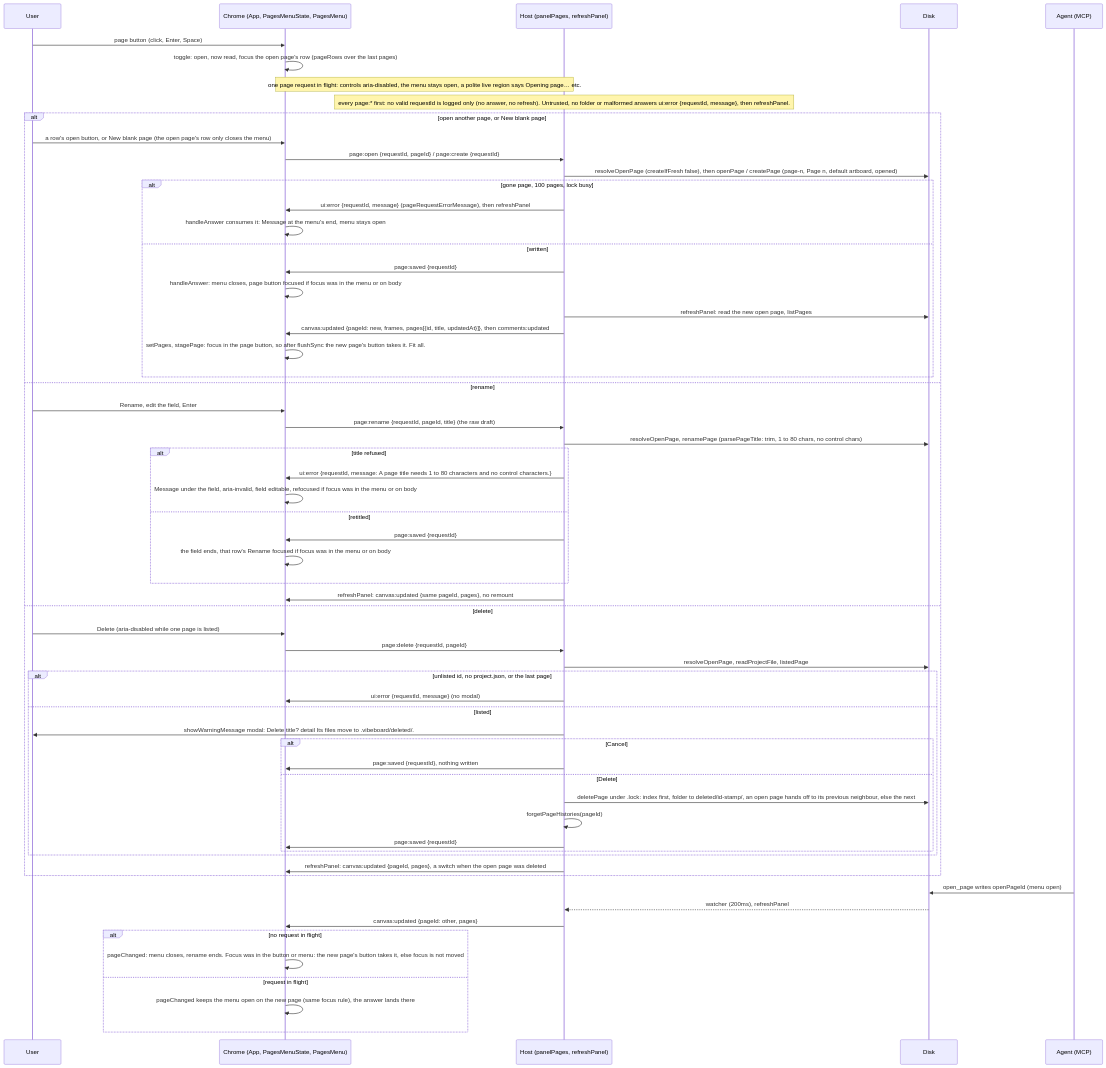
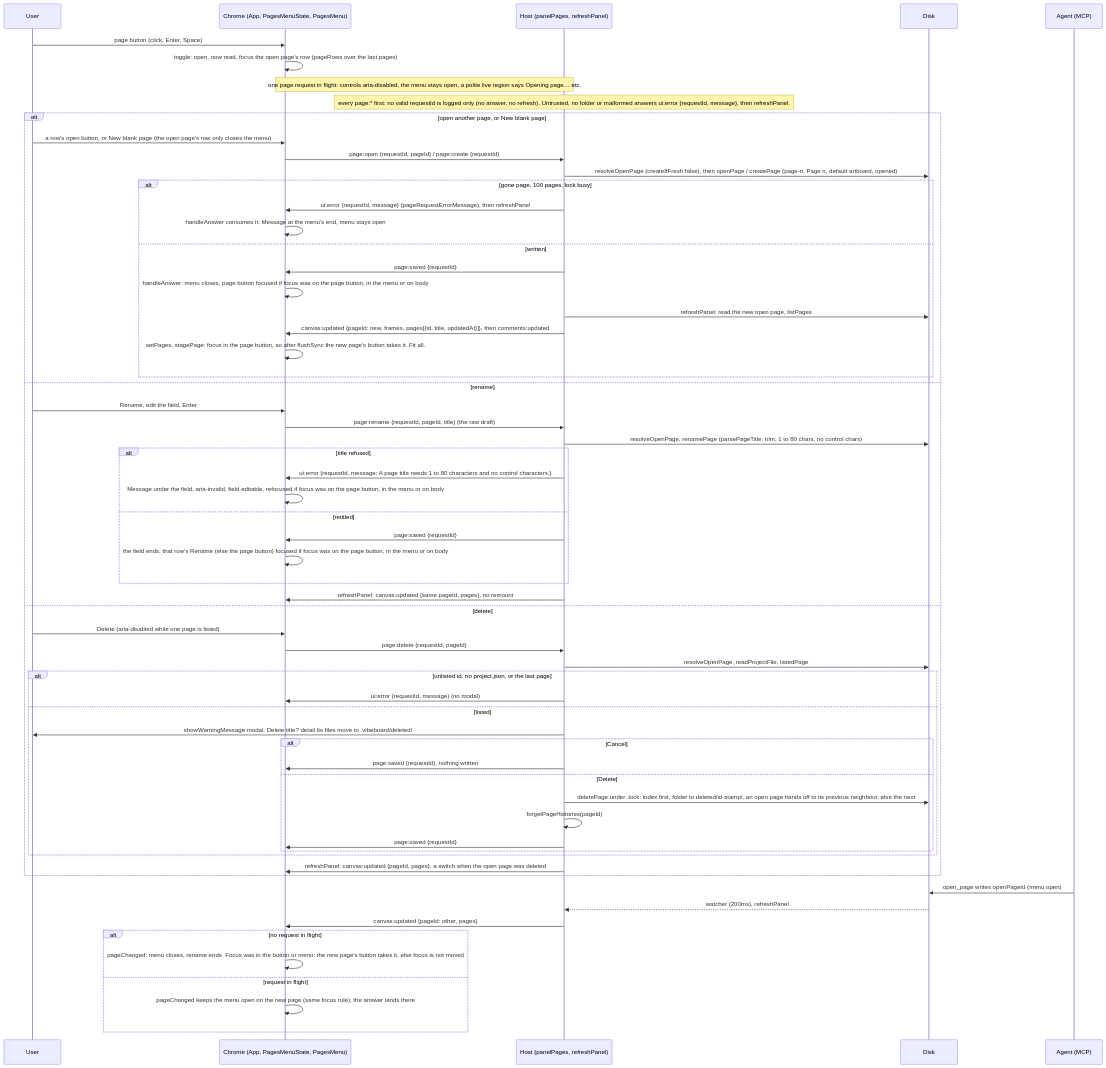
The sixth of 18 diagrams in blueprint/context/system-map.md (MarekBombera/cursor-design-extension), drawn with Mermaid before and after one commit. The commit also changed other lines of this file and 17 other files, not shown here.

````diff
--- a/blueprint/context/system-map.md
+++ b/blueprint/context/system-map.md
@@ -372,64 +378,64 @@
 ```mermaid
 sequenceDiagram
   participant U as User
   participant C as Chrome (App, PagesMenuState, PagesMenu)
   participant H as Host (panelPages, refreshPanel)
   participant D as Disk
   participant A as Agent (MCP)
   U->>C: page button (click, Enter, Space)
   C->>C: toggle: open, now read, focus the open page's row (pageRows over the last pages)
   Note over C,H: one page request in flight: controls aria-disabled, the menu stays open, a polite live region says Opening page… etc.
   Note over H: every page:* first: no valid requestId is logged only (no answer, no refresh). Untrusted, no folder or malformed answers ui:error {requestId, message}, then refreshPanel.
   alt open another page, or New blank page
     U->>C: a row's open button, or New blank page (the open page's row only closes the menu)
     C->>H: page:open {requestId, pageId} / page:create {requestId}
     H->>D: resolveOpenPage (createIfFresh false), then openPage / createPage (page-n, Page n, default artboard, opened)
     alt gone page, 100 pages, lock busy
       H->>C: ui:error {requestId, message} (pageRequestErrorMessage), then refreshPanel
       C->>C: handleAnswer consumes it: Message at the menu's end, menu stays open
     else written
       H->>C: page:saved {requestId}
-      C->>C: handleAnswer: menu closes, page button focused if focus was in the menu or on body
+      C->>C: handleAnswer: menu closes, page button focused if focus was on the page button, in the menu or on body
       H->>D: refreshPanel: read the new open page, listPages
       H->>C: canvas:updated {pageId: new, frames, pages[{id, title, updatedAt}]}, then comments:updated
       C->>C: setPages, stagePage: focus in the page button, so after flushSync the new page's button takes it. Fit all.
     end
   else rename
     U->>C: Rename, edit the field, Enter
     C->>H: page:rename {requestId, pageId, title} (the raw draft)
     H->>D: resolveOpenPage, renamePage (parsePageTitle: trim, 1 to 80 chars, no control chars)
     alt title refused
       H->>C: ui:error {requestId, message: A page title needs 1 to 80 characters and no control characters.}
-      C->>C: Message under the field, aria-invalid, field editable, refocused if focus was in the menu or on body
+      C->>C: Message under the field, aria-invalid, field editable, refocused if focus was on the page button, in the menu or on body
     else retitled
       H->>C: page:saved {requestId}
-      C->>C: the field ends, that row's Rename focused if focus was in the menu or on body
+      C->>C: the field ends, that row's Rename (else the page button) focused if focus was on the page button, in the menu or on body
     end
     H->>C: refreshPanel: canvas:updated {same pageId, pages}, no remount
   else delete
     U->>C: Delete (aria-disabled while one page is listed)
     C->>H: page:delete {requestId, pageId}
     H->>D: resolveOpenPage, readProjectFile, listedPage
     alt unlisted id, no project.json, or the last page
       H->>C: ui:error {requestId, message} (no modal)
     else listed
       H->>U: showWarningMessage modal: Delete title? detail Its files move to .vibeboard/deleted/.
       alt Cancel
         H->>C: page:saved {requestId}, nothing written
       else Delete
         H->>D: deletePage under .lock: index first, folder to deleted/id-stamp/, an open page hands off to its previous neighbour, else the next
         H->>H: forgetPageHistories(pageId)
         H->>C: page:saved {requestId}
       end
     end
     H->>C: refreshPanel: canvas:updated {pageId, pages}, a switch when the open page was deleted
   end
   A->>D: open_page writes openPageId (menu open)
   D-->>H: watcher (200ms), refreshPanel
   H->>C: canvas:updated {pageId: other, pages}
   alt no request in flight
     C->>C: pageChanged: menu closes, rename ends. Focus was in the button or menu: the new page's button takes it, else focus is not moved
   else request in flight
     C->>C: pageChanged keeps the menu open on the new page (same focus rule), the answer lands there
   end
 ```
````
